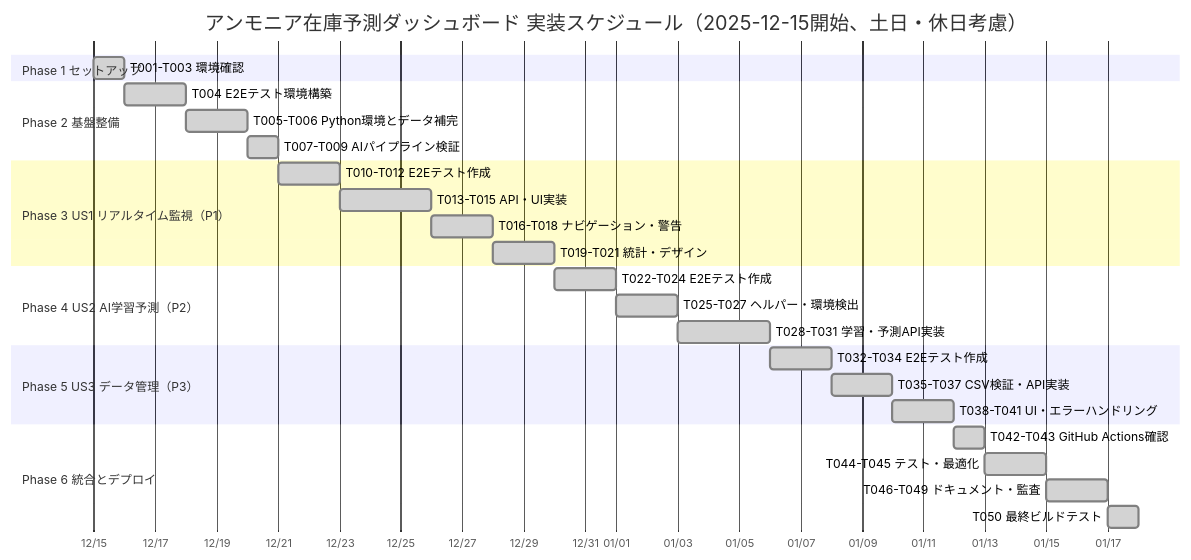
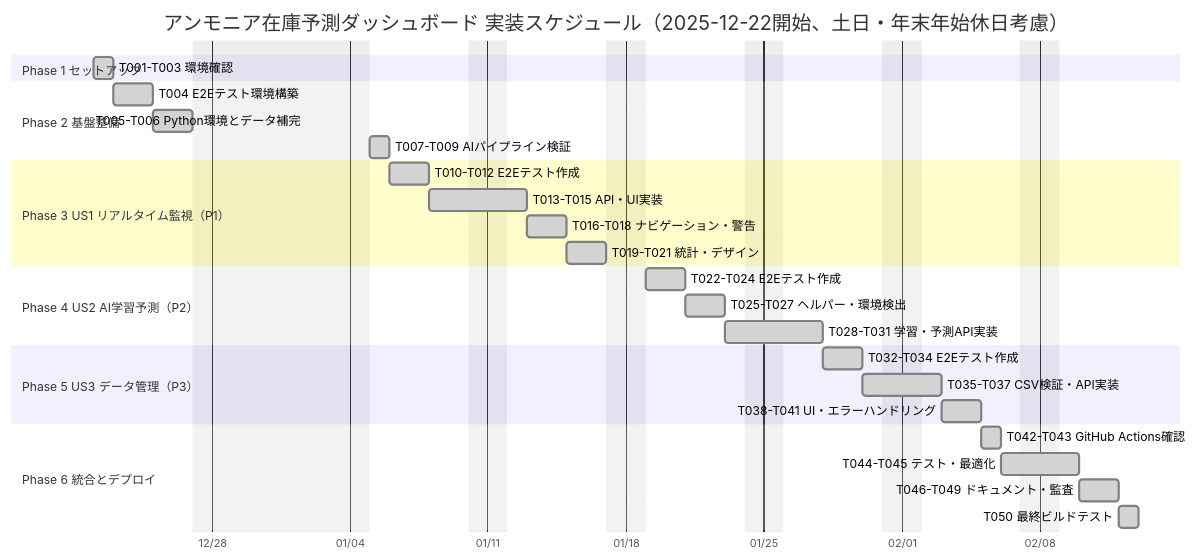
The diagram in specs/001-ammonia_inventory_forecast/tasks.md (J1921604/ammonia_inventory_forecast), drawn with Mermaid before and after one commit. The commit also changed other lines of this file and 4 other files, not shown here.

````diff
--- a/specs/001-ammonia_inventory_forecast/tasks.md
+++ b/specs/001-ammonia_inventory_forecast/tasks.md
@@ -16,36 +16,37 @@
 ```mermaid
 gantt
-    title アンモニア在庫予測ダッシュボード 実装スケジュール（2025-12-15開始、土日・休日考慮）
+    title アンモニア在庫予測ダッシュボード 実装スケジュール（2025-12-22開始、土日・年末年始休日考慮）
     dateFormat YYYY-MM-DD
     axisFormat %m/%d
+    excludes weekends 2025-12-27 2025-12-28 2025-12-29 2025-12-30 2025-12-31 2026-01-01 2026-01-02 2026-01-03 2026-01-04
   
     section Phase 1 セットアップ
-    T001-T003 環境確認              :done, p1, 2025-12-15, 1d
+    T001-T003 環境確認              :done, p1, 2025-12-22, 1d
   
     section Phase 2 基盤整備
-    T004 E2Eテスト環境構築          :done, p2_1, 2025-12-16, 2d
+    T004 E2Eテスト環境構築          :done, p2_1, after p1, 2d
     T005-T006 Python環境とデータ補完 :done, p2_2, after p2_1, 2d
     T007-T009 AIパイプライン検証     :done, p2_3, after p2_2, 1d
   
     section Phase 3 US1 リアルタイム監視（P1）
     T010-T012 E2Eテスト作成         :done, p3_1, after p2_3, 2d
     T013-T015 API・UI実装           :done, p3_2, after p3_1, 3d
     T016-T018 ナビゲーション・警告   :done, p3_3, after p3_2, 2d
     T019-T021 統計・デザイン         :done, p3_4, after p3_3, 2d
   
     section Phase 4 US2 AI学習予測（P2）
     T022-T024 E2Eテスト作成         :done, p4_1, after p3_4, 2d
     T025-T027 ヘルパー・環境検出     :done, p4_2, after p4_1, 2d
     T028-T031 学習・予測API実装     :done, p4_3, after p4_2, 3d
   
     section Phase 5 US3 データ管理（P3）
     T032-T034 E2Eテスト作成         :done, p5_1, after p4_3, 2d
     T035-T037 CSV検証・API実装      :done, p5_2, after p5_1, 2d
     T038-T041 UI・エラーハンドリング :done, p5_3, after p5_2, 2d
   
     section Phase 6 統合とデプロイ
     T042-T043 GitHub Actions確認    :done, p6_1, after p5_3, 1d
     T044-T045 テスト・最適化        :done, p6_2, after p6_1, 2d
     T046-T049 ドキュメント・監査     :done, p6_3, after p6_2, 2d
     T050 最終ビルドテスト           :done, p6_4, after p6_3, 1d
 ```
````
